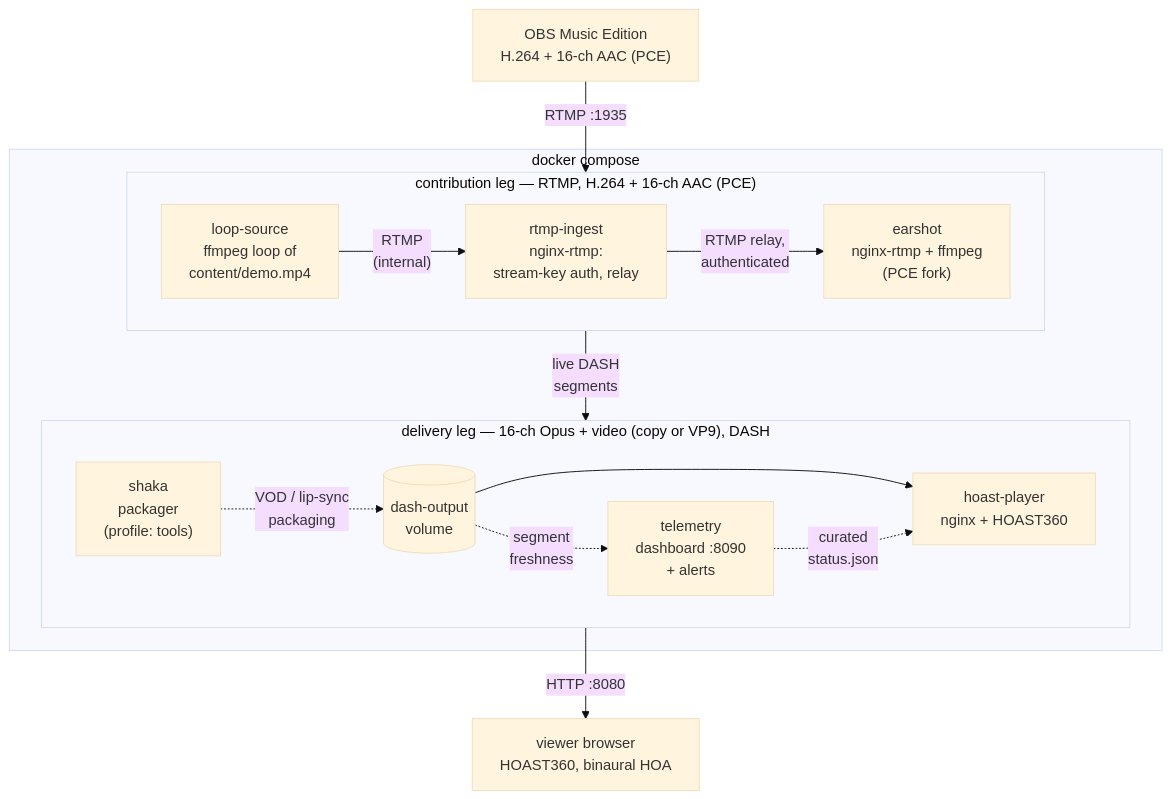
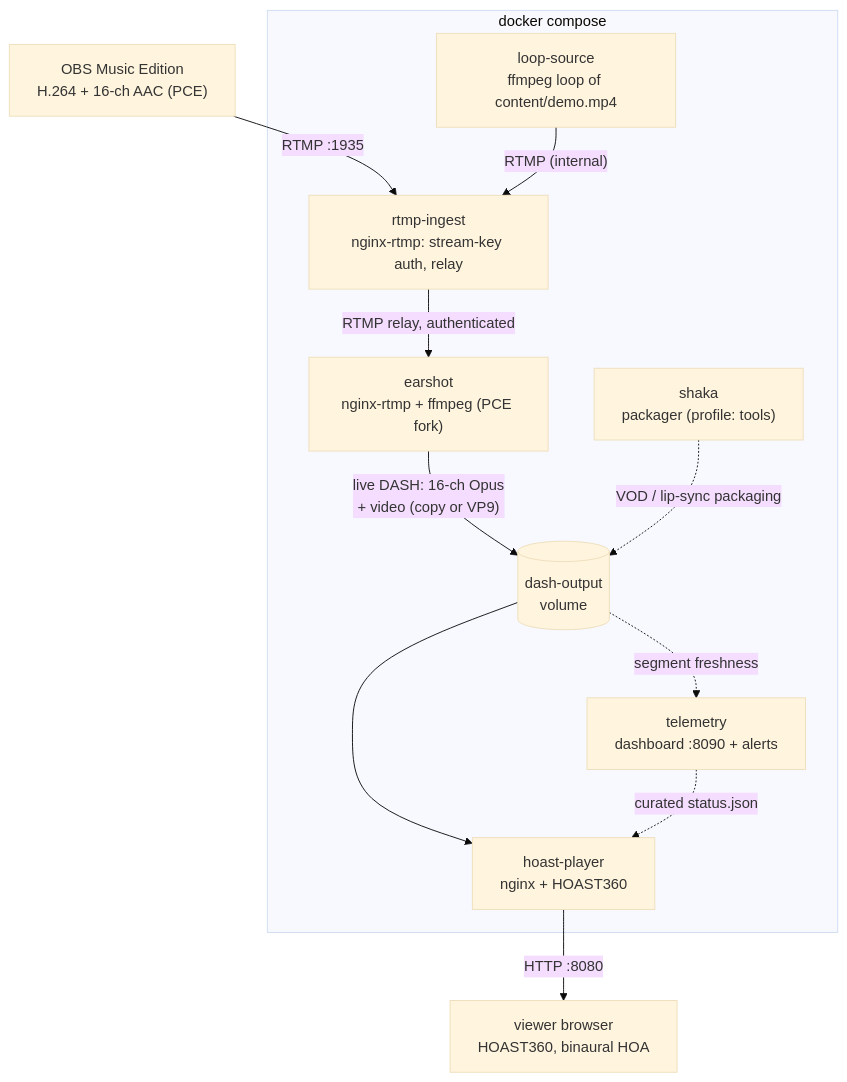
The diagram in README.md (mormegil6/ambisonic-box), drawn with Mermaid (base theme) before and after one commit.

Commit message:
README: pin OBS to the left of the compose block, drop direction overrides
The nested subgraphs used 'direction LR', which older mermaid renderers ignore
when edges cross the subgraph boundary. So the diagram looked one way in the
renderer I checked it in and another way in the one actually being read - OBS
on the wrong side, shaka on the wrong side, and taller than intended. Removed
the overrides entirely so every renderer draws the same graph.

OBS now sits outside the compose box on the left, which is also the clearer
reading: external contributor left, the stack to its right, viewer at the
bottom. Dagre seeds within-rank ordering from edge declaration order, so
declaring the OBS edge first is what pins it there.

Every node and label kept. 908x1171 against 1020x1391 as previously rendered,
with type at 91% rather than 81% once scaled to the content column.

````diff
--- a/README.md
+++ b/README.md
@@ -13,33 +13,26 @@
 ```mermaid
 flowchart TD
     OBS["OBS Music Edition<br/>H.264 + 16-ch AAC (PCE)"]
 
     subgraph COMPOSE["docker compose"]
-        subgraph CONTRIB["contribution leg &mdash; RTMP, H.264 + 16-ch AAC (PCE)"]
-            direction LR
-            LOOP["loop-source<br/>ffmpeg loop of<br/>content/demo.mp4"]
-            INGEST["rtmp-ingest<br/>nginx-rtmp:<br/>stream-key auth, relay"]
-            EARSHOT["earshot<br/>nginx-rtmp + ffmpeg<br/>(PCE fork)"]
-            LOOP -- "RTMP<br/>(internal)" --> INGEST
-            INGEST -- "RTMP relay,<br/>authenticated" --> EARSHOT
-        end
-
-        subgraph DELIVERY["delivery leg &mdash; 16-ch Opus + video (copy or VP9), DASH"]
-            direction LR
-            VOL[("dash-output<br/>volume")]
-            PLAYER["hoast-player<br/>nginx + HOAST360"]
-            SHAKA["shaka<br/>packager<br/>(profile: tools)"]
-            TELEM["telemetry<br/>dashboard :8090<br/>+ alerts"]
-            VOL --> PLAYER
-        end
+        INGEST["rtmp-ingest<br/>nginx-rtmp: stream-key auth, relay"]
+        LOOP["loop-source<br/>ffmpeg loop of content/demo.mp4"]
+        EARSHOT["earshot<br/>nginx-rtmp + ffmpeg (PCE fork)"]
+        VOL[("dash-output<br/>volume")]
+        SHAKA["shaka<br/>packager (profile: tools)"]
+        TELEM["telemetry<br/>dashboard :8090 + alerts"]
+        PLAYER["hoast-player<br/>nginx + HOAST360"]
     end
 
     VIEWER["viewer browser<br/>HOAST360, binaural HOA"]
 
     OBS -- "RTMP :1935" --> INGEST
-    EARSHOT -- "live DASH<br/>segments" --> VOL
+    LOOP -- "RTMP (internal)" --> INGEST
+    INGEST -- "RTMP relay, authenticated" --> EARSHOT
+    EARSHOT -- "live DASH: 16-ch Opus<br/>+ video (copy or VP9)" --> VOL
+    SHAKA -. "VOD / lip-sync packaging" .-> VOL
+    VOL --> PLAYER
+    VOL -. "segment freshness" .-> TELEM
+    TELEM -. "curated status.json" .-> PLAYER
     PLAYER -- "HTTP :8080" --> VIEWER
-    SHAKA -. "VOD / lip-sync<br/>packaging" .-> VOL
-    VOL -. "segment<br/>freshness" .-> TELEM
-    TELEM -. "curated<br/>status.json" .-> PLAYER
 ```
````
